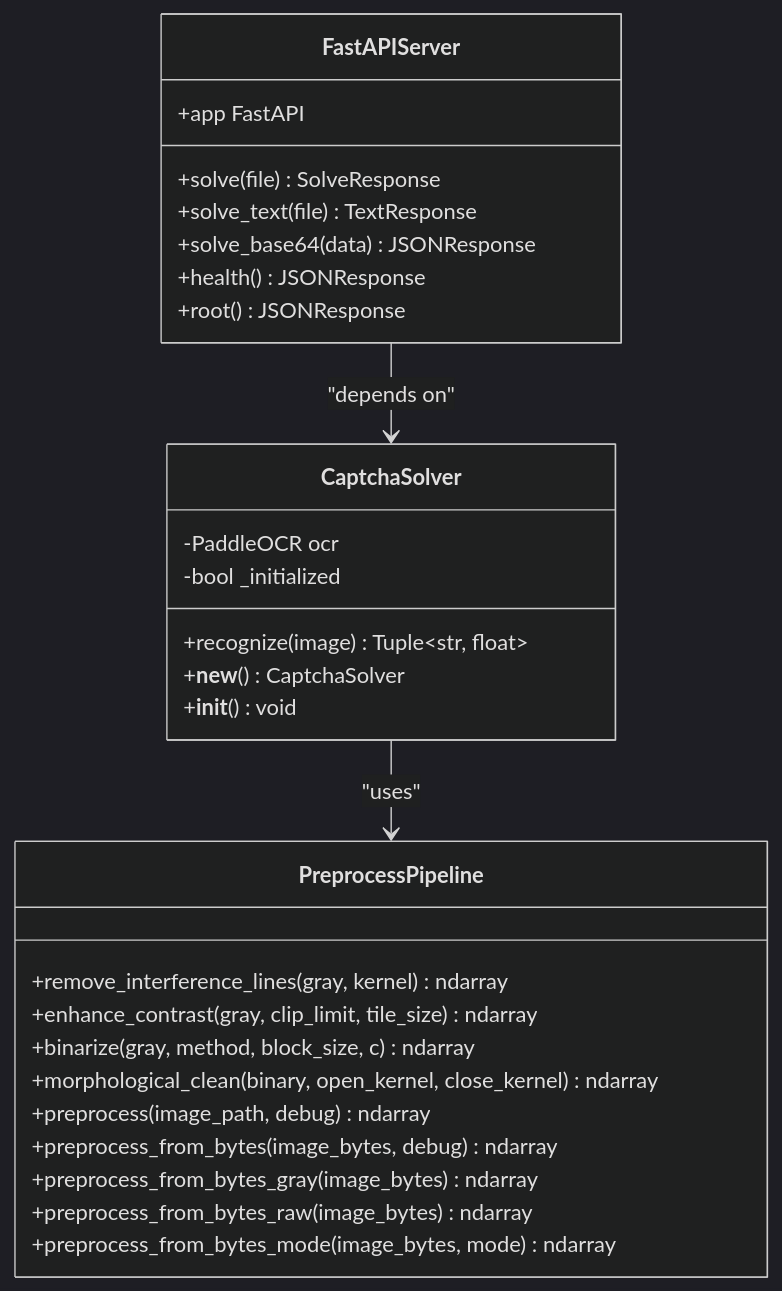
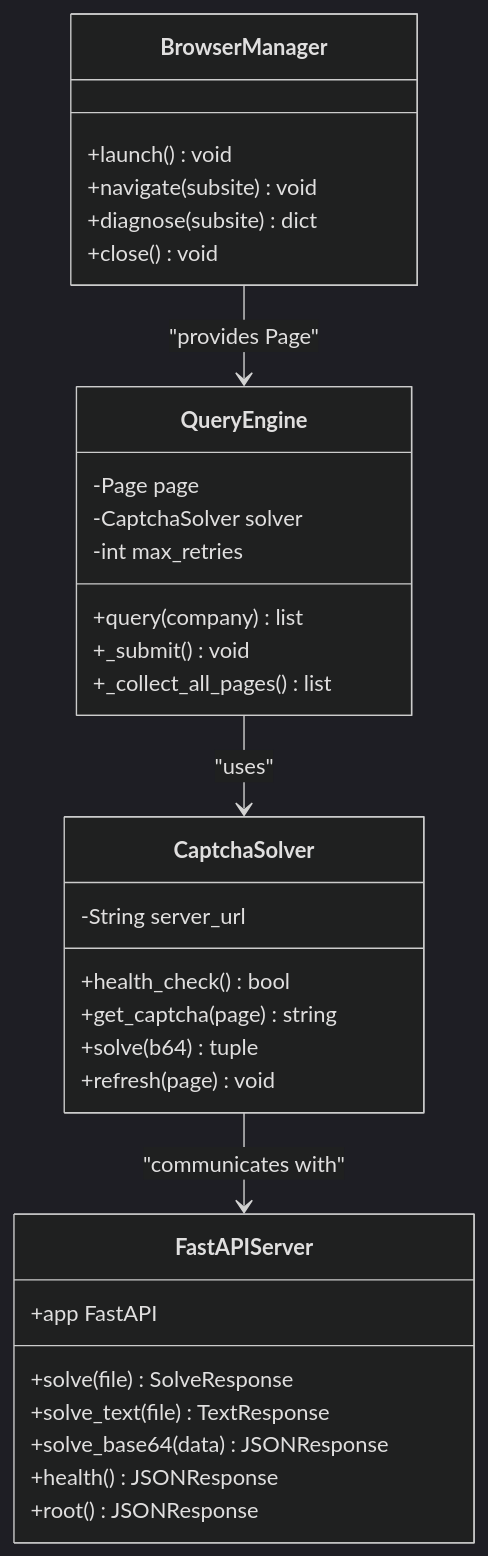
Before and after one commit to supotato-ipj/zxgk_auto_query-skill: the second of 17 diagrams in .qoder/repowiki/en/content/Core Architecture/CAPTCHA Solving System.md, drawn with Mermaid (dark theme). The commit also changed other lines of this file and 24 other files, not shown here.

````diff
--- a/.qoder/repowiki/en/content/Core Architecture/CAPTCHA Solving System.md
+++ b/.qoder/repowiki/en/content/Core Architecture/CAPTCHA Solving System.md
@@ -103,31 +118,35 @@
 ```mermaid
 classDiagram
 class CaptchaSolver {
--PaddleOCR ocr
--bool _initialized
-+recognize(image) Tuple~str, float~
-+__new__() CaptchaSolver
-+__init__() void
+-String server_url
++health_check() bool
++get_captcha(page) string
++solve(b64) tuple
++refresh(page) void
 }
-class PreprocessPipeline {
-+remove_interference_lines(gray, kernel) ndarray
-+enhance_contrast(gray, clip_limit, tile_size) ndarray
-+binarize(gray, method, block_size, c) ndarray
-+morphological_clean(binary, open_kernel, close_kernel) ndarray
-+preprocess(image_path, debug) ndarray
-+preprocess_from_bytes(image_bytes, debug) ndarray
-+preprocess_from_bytes_gray(image_bytes) ndarray
-+preprocess_from_bytes_raw(image_bytes) ndarray
-+preprocess_from_bytes_mode(image_bytes, mode) ndarray
+class BrowserManager {
++launch() void
++navigate(subsite) void
++diagnose(subsite) dict
++close() void
+}
+class QueryEngine {
+-Page page
+-CaptchaSolver solver
+-int max_retries
++query(company) list
++_submit() void
++_collect_all_pages() list
 }
 class FastAPIServer {
 +app FastAPI
 +solve(file) SolveResponse
 +solve_text(file) TextResponse
 +solve_base64(data) JSONResponse
 +health() JSONResponse
 +root() JSONResponse
 }
-CaptchaSolver --> PreprocessPipeline : "uses"
-FastAPIServer --> CaptchaSolver : "depends on"
+CaptchaSolver --> FastAPIServer : "communicates with"
+BrowserManager --> QueryEngine : "provides Page"
+QueryEngine --> CaptchaSolver : "uses"
 ```
````
